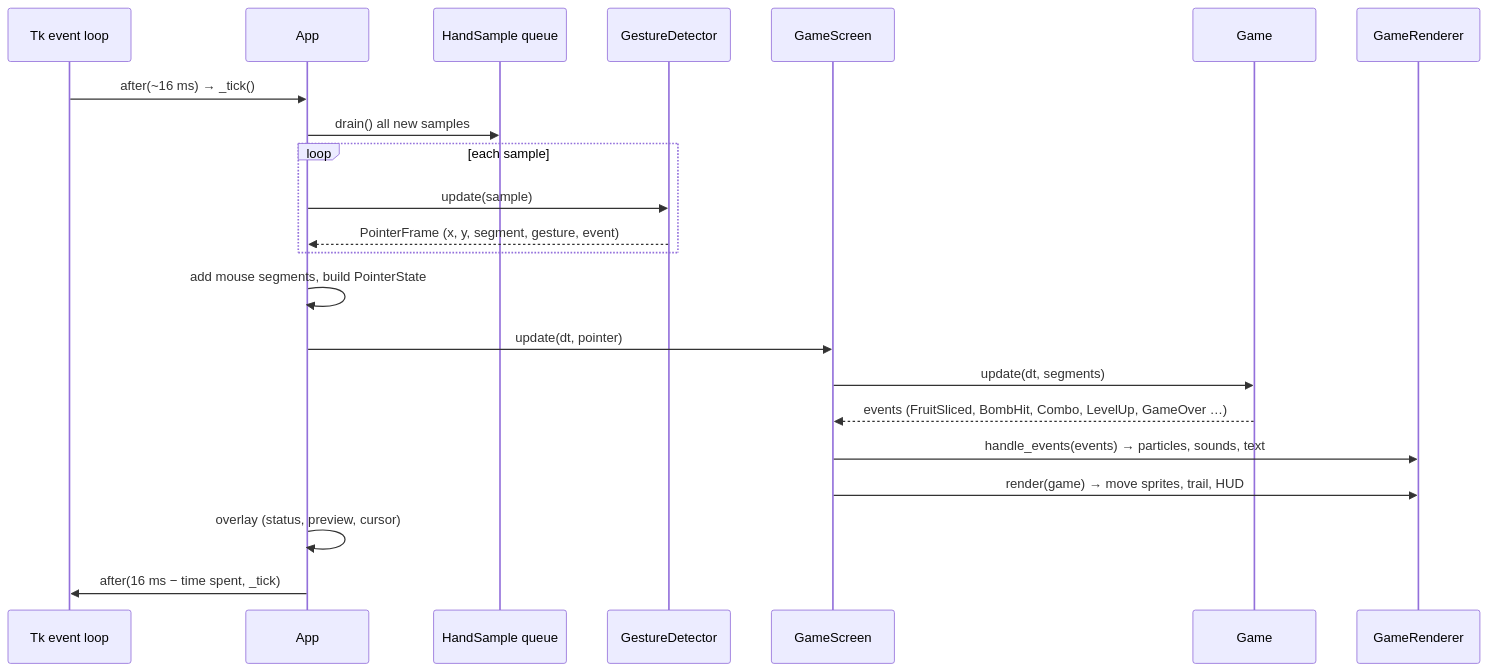
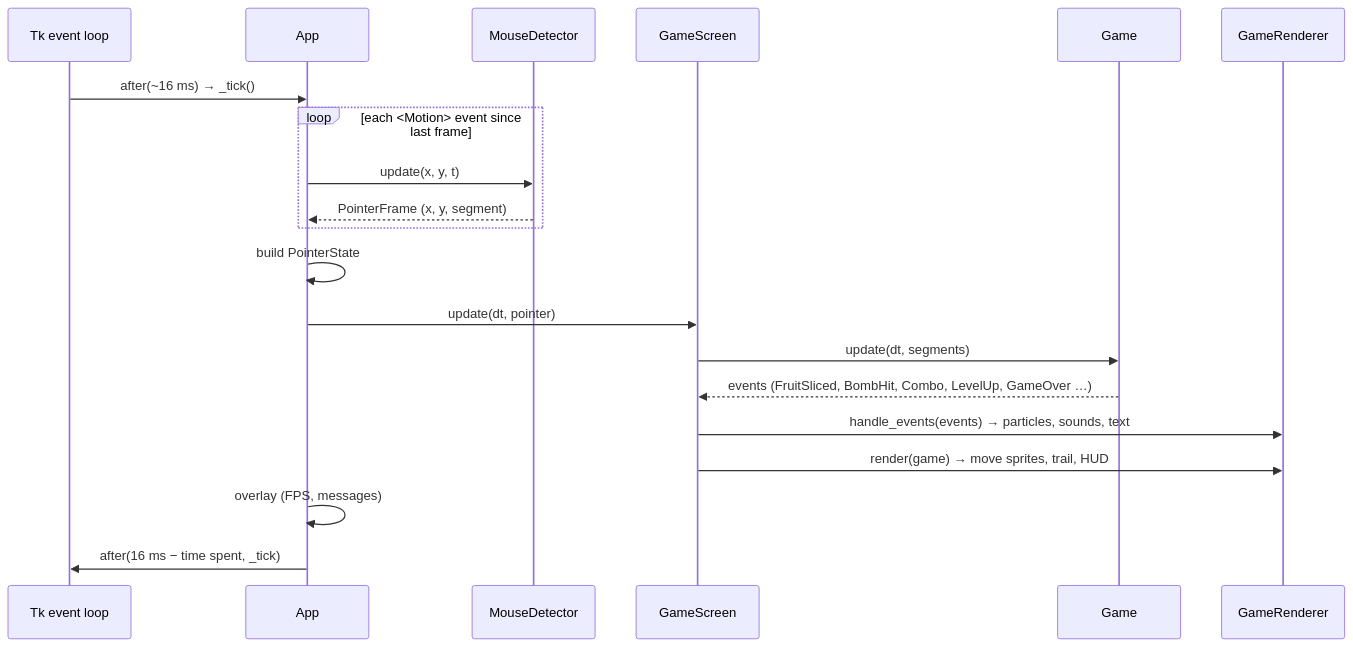
Before and after one commit to s-shriya2288/APP-project: the second of 3 diagrams in docs/ARCHITECTURE.md, drawn with Mermaid. The commit also changed other lines of this file and 42 other files, not shown here.

First line of the commit message:
Remove camera hand tracking; play with trackpad / mouse only

````diff
--- a/docs/ARCHITECTURE.md
+++ b/docs/ARCHITECTURE.md
@@ -126,24 +102,22 @@
 ```mermaid
 sequenceDiagram
     participant Tk as Tk event loop
     participant App
-    participant Q as HandSample queue
-    participant GD as GestureDetector
+    participant M as MouseDetector
     participant S as GameScreen
     participant G as Game
     participant R as GameRenderer
     Tk->>App: after(~16 ms) → _tick()
-    App->>Q: drain() all new samples
-    loop each sample
-        App->>GD: update(sample)
-        GD-->>App: PointerFrame (x, y, segment, gesture, event)
+    loop each <Motion> event since last frame
+        App->>M: update(x, y, t)
+        M-->>App: PointerFrame (x, y, segment)
     end
-    App->>App: add mouse segments, build PointerState
+    App->>App: build PointerState
     App->>S: update(dt, pointer)
     S->>G: update(dt, segments)
     G-->>S: events (FruitSliced, BombHit, Combo, LevelUp, GameOver …)
     S->>R: handle_events(events) → particles, sounds, text
     S->>R: render(game) → move sprites, trail, HUD
-    App->>App: overlay (status, preview, cursor)
+    App->>App: overlay (FPS, messages)
     App->>Tk: after(16 ms − time spent, _tick)
 ```
````
